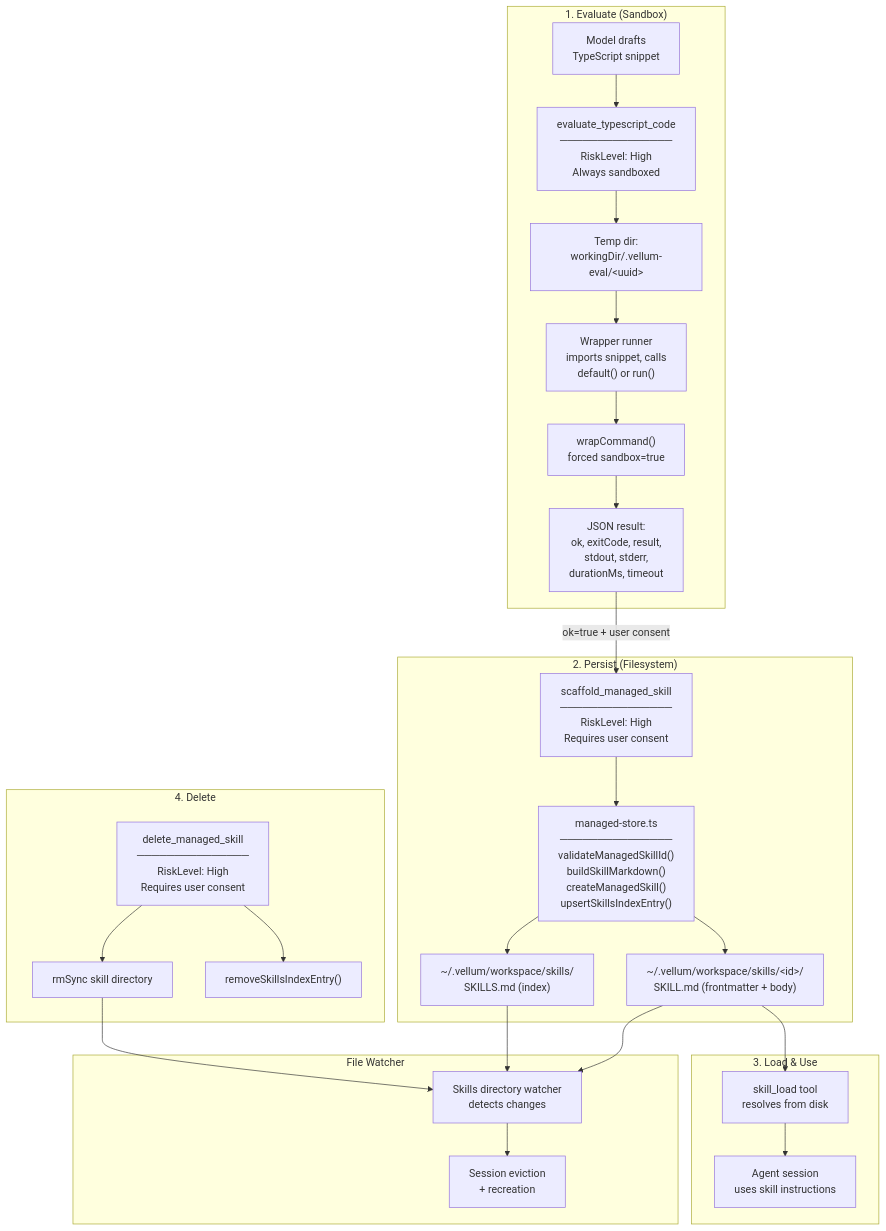
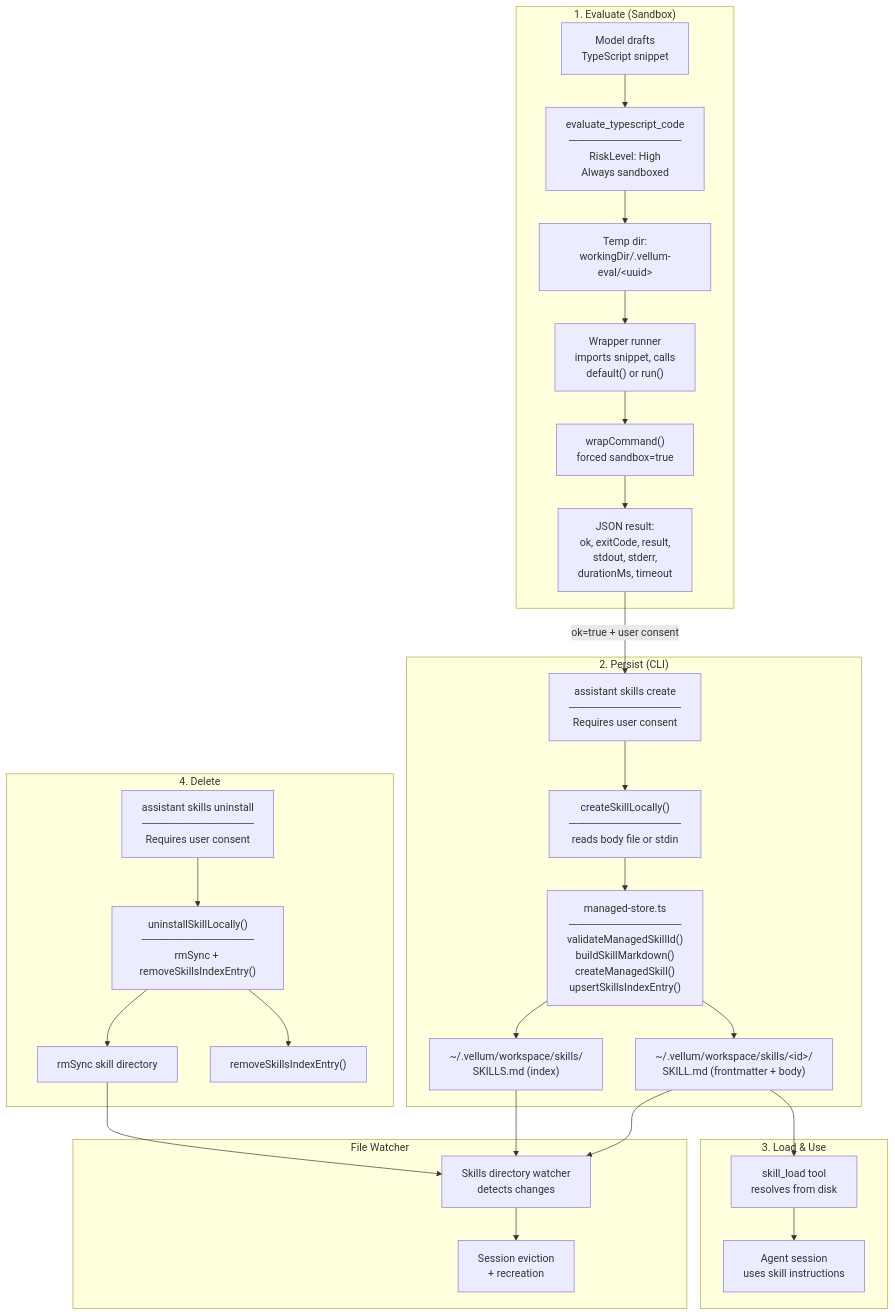
The seventh of 17 diagrams in assistant/ARCHITECTURE.md (vellum-ai/vellum-assistant), drawn with Mermaid before and after one commit. The commit also changed other lines of this file and 5 other files, not shown here.

Commit message:
docs: update dynamic skill authoring to CLI workflow (#14751)

````diff
--- a/assistant/ARCHITECTURE.md
+++ b/assistant/ARCHITECTURE.md
@@ -1043,56 +1043,60 @@
 ```mermaid
 graph TB
     subgraph "1. Evaluate (Sandbox)"
         SNIPPET["Model drafts<br/>TypeScript snippet"]
         EVAL_TOOL["evaluate_typescript_code<br/>───────────────<br/>RiskLevel: High<br/>Always sandboxed"]
         TEMP["Temp dir:<br/>workingDir/.vellum-eval/&lt;uuid&gt;"]
         WRAPPER["Wrapper runner<br/>imports snippet, calls<br/>default() or run()"]
         SANDBOX["wrapCommand()<br/>forced sandbox=true"]
         RESULT["JSON result:<br/>ok, exitCode, result,<br/>stdout, stderr,<br/>durationMs, timeout"]
     end
 
-    subgraph "2. Persist (Filesystem)"
-        SCAFFOLD["scaffold_managed_skill<br/>───────────────<br/>RiskLevel: High<br/>Requires user consent"]
+    subgraph "2. Persist (CLI)"
+        CREATE["assistant skills create<br/>───────────────<br/>Requires user consent"]
+        CLI_CREATE["createSkillLocally()<br/>───────────────<br/>reads body file or stdin"]
         MANAGED_STORE["managed-store.ts<br/>───────────────<br/>validateManagedSkillId()<br/>buildSkillMarkdown()<br/>createManagedSkill()<br/>upsertSkillsIndexEntry()"]
         SKILL_DIR["~/.vellum/workspace/skills/&lt;id&gt;/<br/>SKILL.md (frontmatter + body)"]
         INDEX["~/.vellum/workspace/skills/<br/>SKILLS.md (index)"]
     end
 
     subgraph "3. Load & Use"
         SKILL_LOAD["skill_load tool<br/>resolves from disk"]
         SESSION["Agent session<br/>uses skill instructions"]
     end
 
     subgraph "4. Delete"
-        DELETE["delete_managed_skill<br/>───────────────<br/>RiskLevel: High<br/>Requires user consent"]
+        DELETE["assistant skills uninstall<br/>───────────────<br/>Requires user consent"]
+        CLI_DELETE["uninstallSkillLocally()<br/>───────────────<br/>rmSync + removeSkillsIndexEntry()"]
         RM_DIR["rmSync skill directory"]
         RM_INDEX["removeSkillsIndexEntry()"]
     end
 
     subgraph "File Watcher"
         WATCHER["Skills directory watcher<br/>detects changes"]
         EVICT["Session eviction<br/>+ recreation"]
     end
 
     SNIPPET --> EVAL_TOOL
     EVAL_TOOL --> TEMP
     TEMP --> WRAPPER
     WRAPPER --> SANDBOX
     SANDBOX --> RESULT
-    RESULT -->|"ok=true + user consent"| SCAFFOLD
+    RESULT -->|"ok=true + user consent"| CREATE
 
-    SCAFFOLD --> MANAGED_STORE
+    CREATE --> CLI_CREATE
+    CLI_CREATE --> MANAGED_STORE
     MANAGED_STORE --> SKILL_DIR
     MANAGED_STORE --> INDEX
 
     SKILL_DIR --> WATCHER
     INDEX --> WATCHER
     WATCHER --> EVICT
 
     SKILL_DIR --> SKILL_LOAD
     SKILL_LOAD --> SESSION
 
-    DELETE --> RM_DIR
-    DELETE --> RM_INDEX
+    DELETE --> CLI_DELETE
+    CLI_DELETE --> RM_DIR
+    CLI_DELETE --> RM_INDEX
     RM_DIR --> WATCHER
 ```
````
